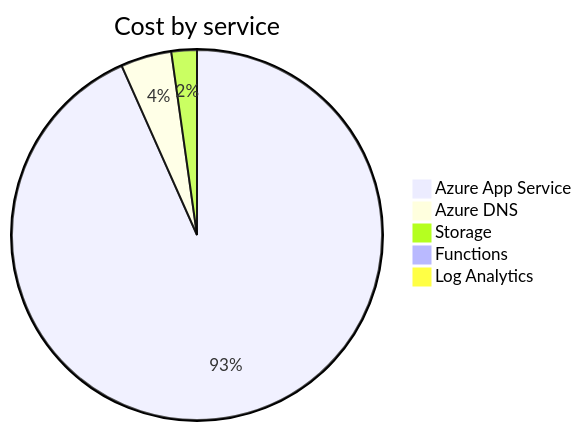
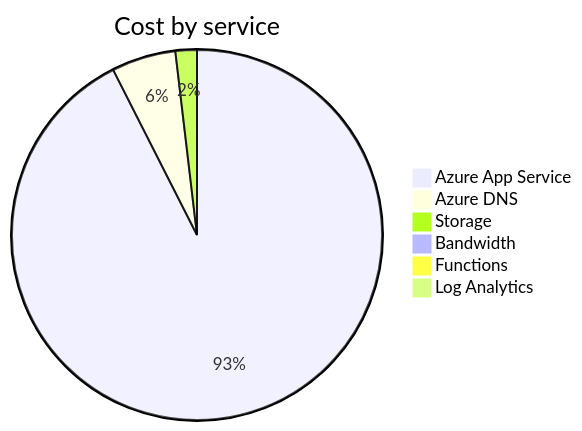
Before and after one commit to jpfulton/azure-personal-reports: the second of 4 diagrams in cost-reports/accumulated-cost.md, drawn with Mermaid. The commit also changed other lines of this file and 4 other files, not shown here.

````diff
--- a/cost-reports/accumulated-cost.md
+++ b/cost-reports/accumulated-cost.md
@@ -99,9 +100,10 @@
 ```mermaid
 pie
    title Cost by service
-   "Azure App Service" : 0.42
-   "Azure DNS" : 0.02
-   "Storage" : 0.01
+   "Azure App Service" : 0.99
+   "Azure DNS" : 0.06
+   "Storage" : 0.02
+   "Bandwidth" : 0.00
    "Functions" : 0.00
    "Log Analytics" : 0.00
 ```
````
